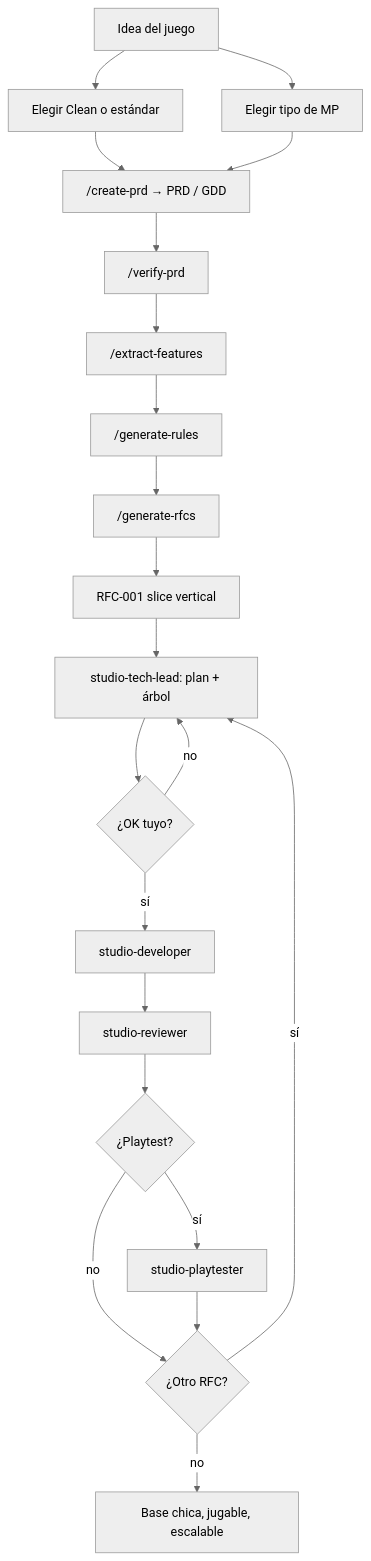
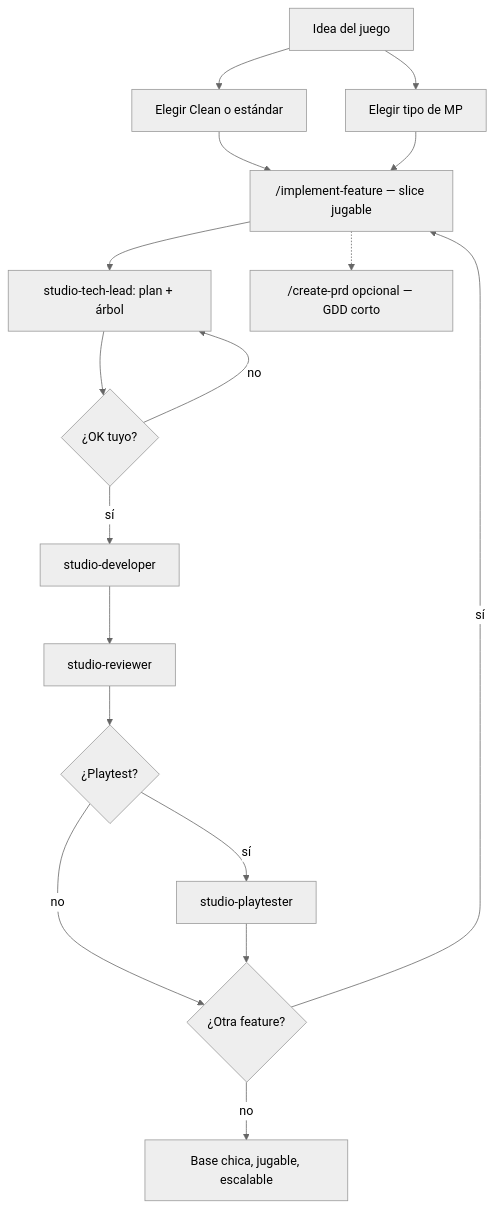
The fourth of 4 diagrams in README.md (Joelnicolass/godot-studio-skills), drawn with Mermaid (neutral theme) before and after one commit. The commit also changed other lines of this file and 58 other files, not shown here.

First line of the commit message:
Add FsmKit, PlatKit, juicy, and a pnpm flow editor so common feel is reusable.

````diff
--- a/README.md
+++ b/README.md
@@ -141,24 +147,19 @@
 ```mermaid
 flowchart TD
   idea[Idea del juego] --> arch[Elegir Clean o estándar]
   idea --> mp[Elegir tipo de MP]
-  arch --> prd["/create-prd → PRD / GDD"]
-  mp --> prd
-  prd --> ver["/verify-prd"]
-  ver --> feat["/extract-features"]
-  feat --> rules["/generate-rules"]
-  rules --> rfcs["/generate-rfcs"]
-  rfcs --> slice[RFC-001 slice vertical]
-
+  arch --> slice["/implement-feature — slice jugable"]
+  mp --> slice
   slice --> plan[studio-tech-lead: plan + árbol]
   plan --> ok{¿OK tuyo?}
   ok -->|no| plan
   ok -->|sí| dev[studio-developer]
   dev --> rev[studio-reviewer]
   rev --> play{¿Playtest?}
   play -->|sí| pt[studio-playtester]
   play -->|no| more
-  pt --> more{¿Otro RFC?}
-  more -->|sí| plan
+  pt --> more{¿Otra feature?}
+  more -->|sí| slice
   more -->|no| done[Base chica, jugable, escalable]
+  slice -.-> prd["/create-prd opcional — GDD corto"]
 ```
````
